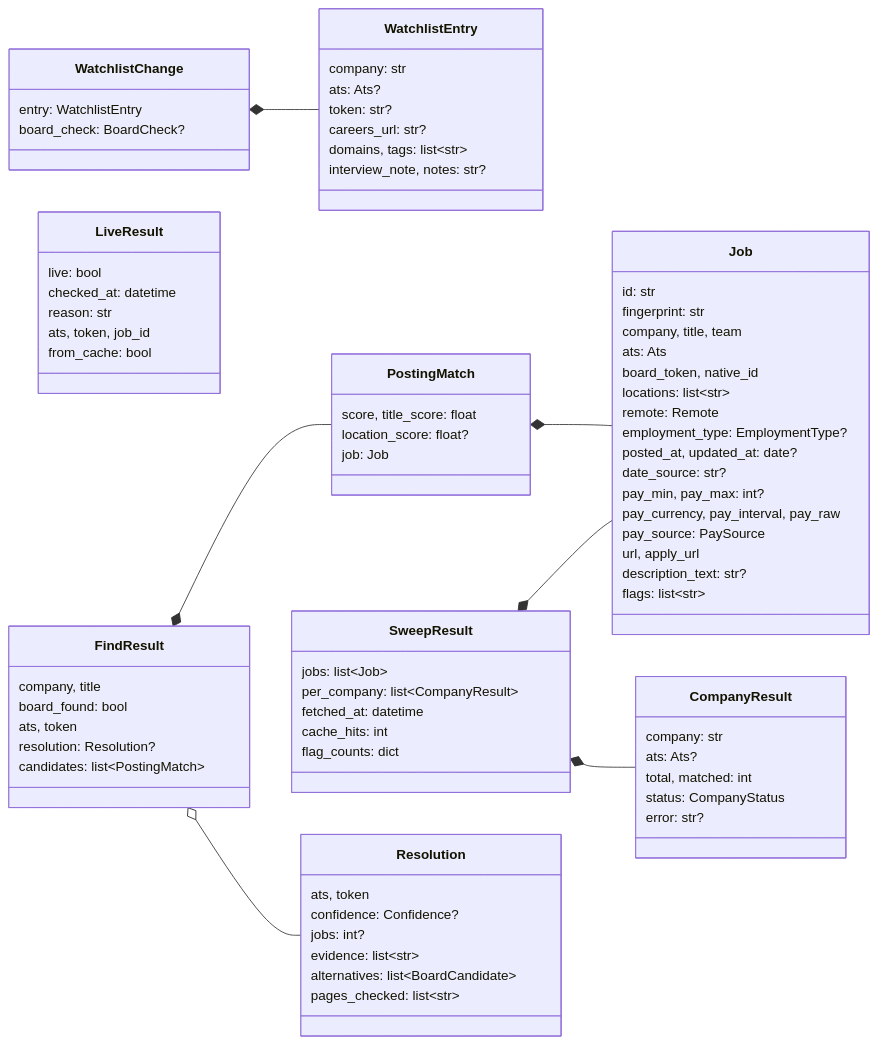
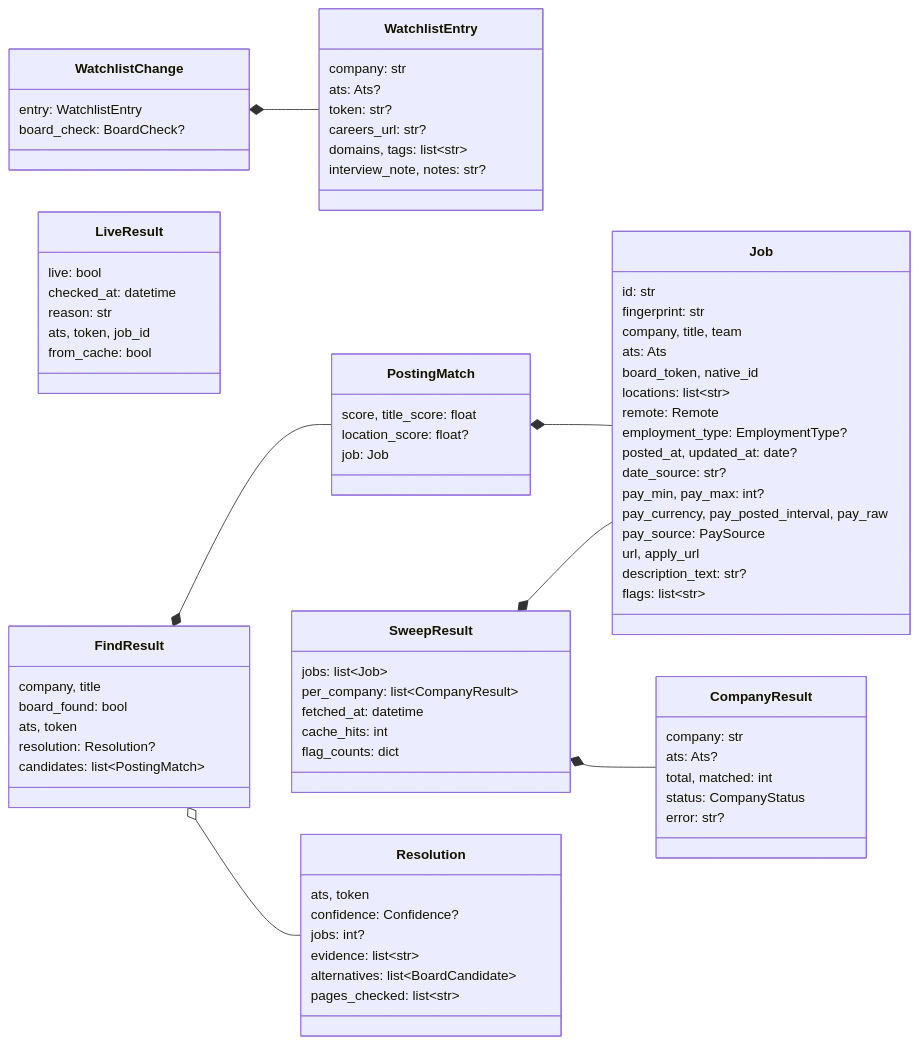
One commit to HakujouRyu/jobboard-mcp changed the sixth of 7 diagrams in docs/architecture.md. Above: the diagram before and after it, drawn with Mermaid. The commit also changed 9 other files, not shown here.

First line of the commit message:
Rename pay_interval to pay_posted_interval

````diff
--- a/docs/architecture.md
+++ b/docs/architecture.md
@@ -261,82 +261,82 @@
 ```mermaid
 classDiagram
     direction LR
     class Job {
         id: str
         fingerprint: str
         company, title, team
         ats: Ats
         board_token, native_id
         locations: list~str~
         remote: Remote
         employment_type: EmploymentType?
         posted_at, updated_at: date?
         date_source: str?
         pay_min, pay_max: int?
-        pay_currency, pay_interval, pay_raw
+        pay_currency, pay_posted_interval, pay_raw
         pay_source: PaySource
         url, apply_url
         description_text: str?
         flags: list~str~
     }
     class WatchlistEntry {
         company: str
         ats: Ats?
         token: str?
         careers_url: str?
         domains, tags: list~str~
         interview_note, notes: str?
     }
     class SweepResult {
         jobs: list~Job~
         per_company: list~CompanyResult~
         fetched_at: datetime
         cache_hits: int
         flag_counts: dict
     }
     class CompanyResult {
         company: str
         ats: Ats?
         total, matched: int
         status: CompanyStatus
         error: str?
     }
     class FindResult {
         company, title
         board_found: bool
         ats, token
         resolution: Resolution?
         candidates: list~PostingMatch~
     }
     class PostingMatch {
         score, title_score: float
         location_score: float?
         job: Job
     }
     class Resolution {
         ats, token
         confidence: Confidence?
         jobs: int?
         evidence: list~str~
         alternatives: list~BoardCandidate~
         pages_checked: list~str~
     }
     class LiveResult {
         live: bool
         checked_at: datetime
         reason: str
         ats, token, job_id
         from_cache: bool
     }
     class WatchlistChange {
         entry: WatchlistEntry
         board_check: BoardCheck?
     }
 
     SweepResult *-- Job
     SweepResult *-- CompanyResult
     FindResult *-- PostingMatch
     FindResult o-- Resolution
     PostingMatch *-- Job
     WatchlistChange *-- WatchlistEntry
 ```
````
